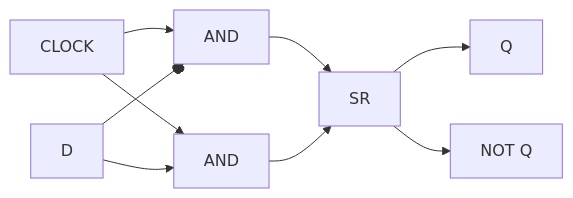
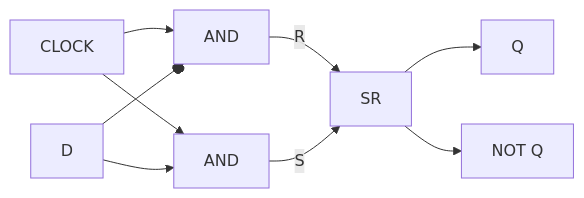
Before and after one commit to SuperSamus/appunti-universitari: the ninth of 9 diagrams in Architettura e sistemi operativi/Bit/Processore/Porte logiche.md, drawn with Mermaid. The commit also changed other lines of this file, not shown here.

````diff
--- a/Architettura e sistemi operativi/Bit/Processore/Porte logiche.md
+++ b/Architettura e sistemi operativi/Bit/Processore/Porte logiche.md
@@ -244,6 +250,7 @@
 ```mermaid
 flowchart LR
-CLOCK --> AND1[AND] & AND2[AND] --> SR --> Q & N[NOT Q]
-D --> AND2
-D --o AND1
+CLOCK --> AND1[AND] & AND2[AND]
+D --o AND1 -- R --> SR
+D --> AND2 -- S --> SR
+SR --> Q & N[NOT Q]
 ```
````
